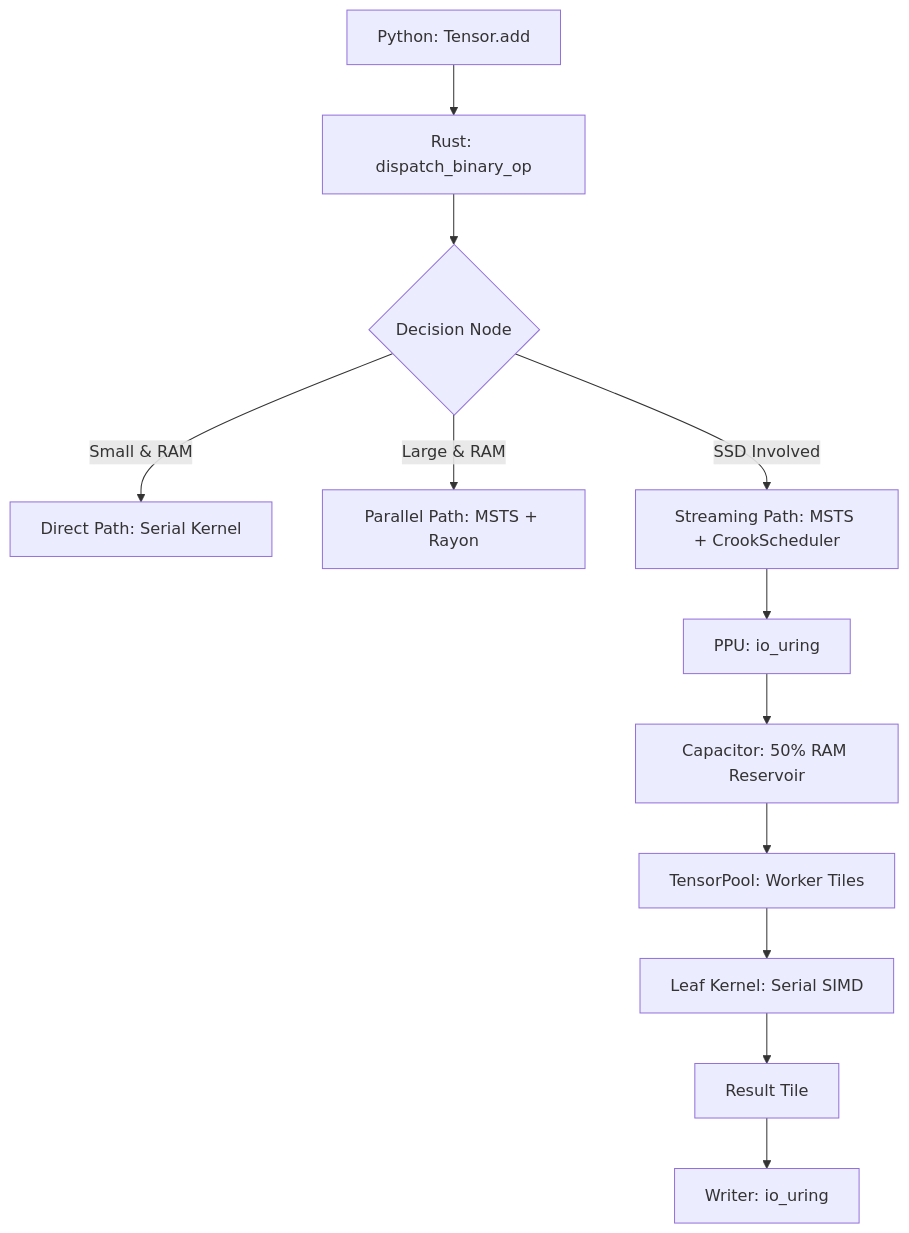
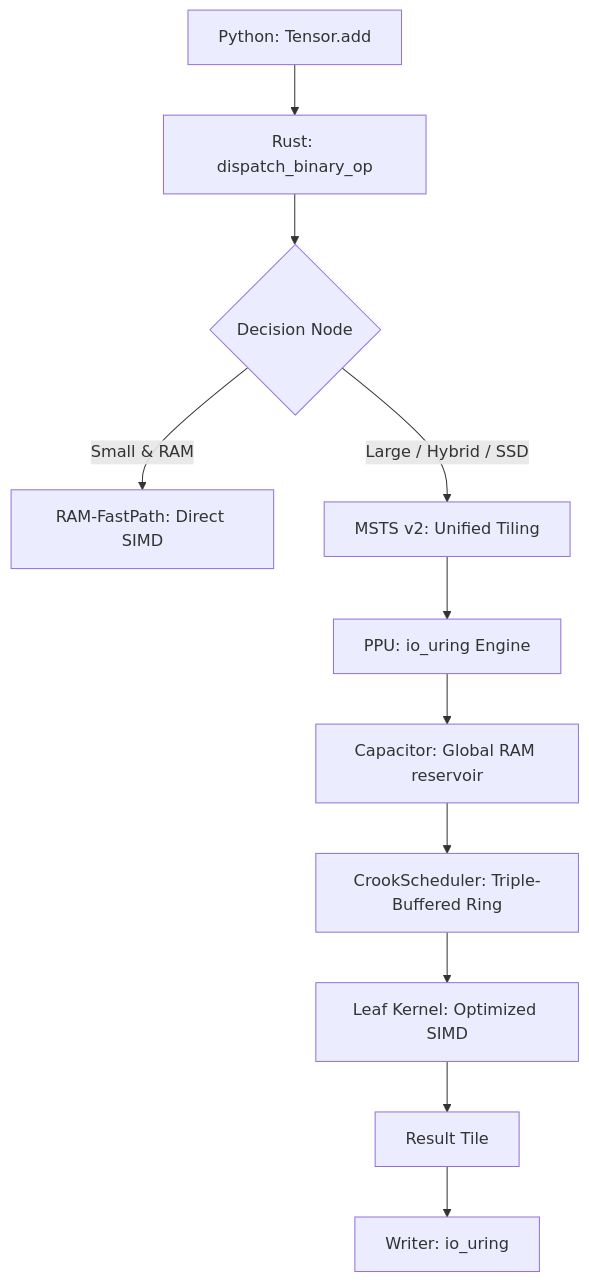
One commit to slavek-is-hyperreal/OxTorch changed the diagram in docs/architecture.md. Above: the diagram before and after it, drawn with Mermaid. The commit also changed other lines of this file and 23 other files, not shown here.

````diff
--- a/docs/architecture.md
+++ b/docs/architecture.md
@@ -11,15 +11,14 @@
 ```mermaid
 graph TD
     A[Python: Tensor.add] --> B[Rust: dispatch_binary_op]
     B --> C{Decision Node}
-    C -->|Small & RAM| D[Direct Path: Serial Kernel]
-    C -->|Large & RAM| E[Parallel Path: MSTS + Rayon]
-    C -->|SSD Involved| F[Streaming Path: MSTS + CrookScheduler]
+    C -->|Small & RAM| D[RAM-FastPath: Direct SIMD]
+    C -->|Large / Hybrid / SSD| F[MSTS v2: Unified Tiling]
     
-    F --> G[PPU: io_uring]
-    G --> H[Capacitor: 50% RAM Reservoir]
-    H --> I[TensorPool: Worker Tiles]
-    I --> J[Leaf Kernel: Serial SIMD]
+    F --> G[PPU: io_uring Engine]
+    G --> H[Capacitor: Global RAM reservoir]
+    H --> I[CrookScheduler: Triple-Buffered Ring]
+    I --> J[Leaf Kernel: Optimized SIMD]
     J --> K[Result Tile]
     K --> L[Writer: io_uring]
 ```
````
